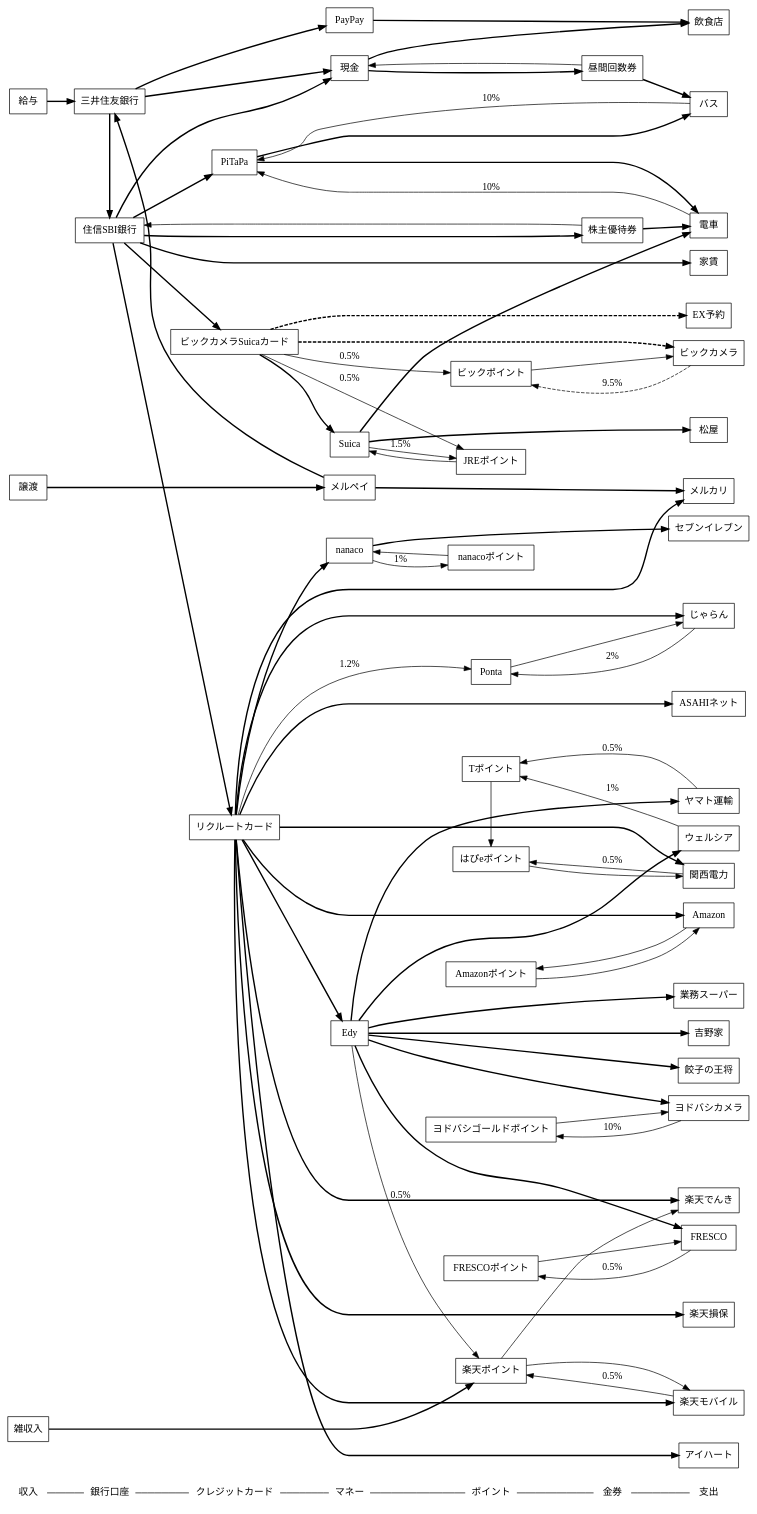
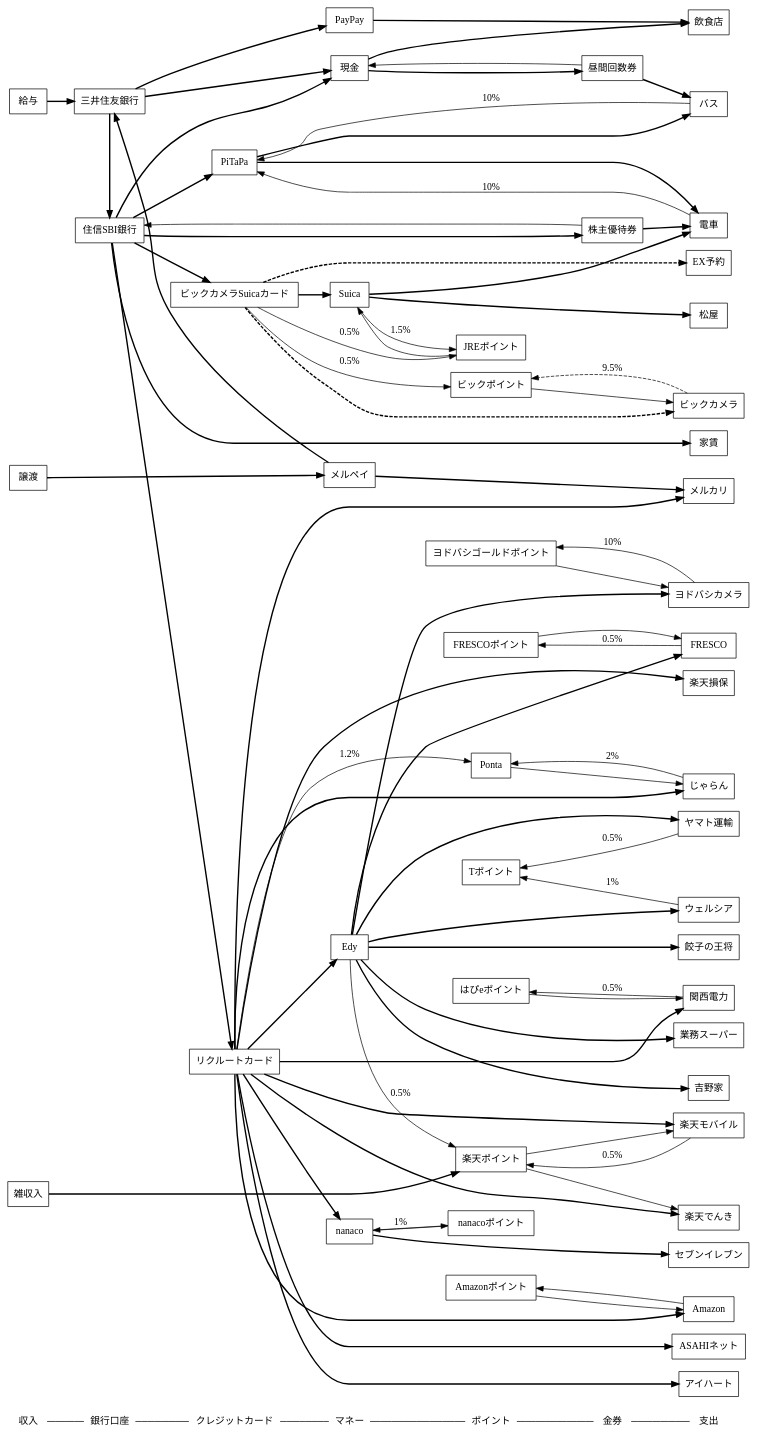
One commit to saireya/moneyflow changed the diagram in moneyflow.dot. Above: the diagram before and after it, drawn with Graphviz. The commit also changed 1 other file, not shown here.

```diff
--- a/moneyflow.dot
+++ b/moneyflow.dot
@@ -1,180 +1,179 @@
 // dot -Tsvg moneyflow.dot -o moneyflow.svg
 // edge: bold: 支出, solid: 還元(label:還元率), dashed: Obsolete
 digraph "MoneyFlow"
 {
 	graph [ rankdir = LR ];
 	node [ shape = box ];
 
 	"収入", "銀行口座", "クレジットカード", "マネー", "ポイント", "金券", "支出" [shape = none];
 	"収入" -> "銀行口座" -> "クレジットカード" -> "マネー" -> "ポイント" -> "金券" -> "支出" [arrowhead = none];
 	{
 		rank = same; "収入";
 		給与;
 		譲渡;
 		雑収入;
 	}
 
 	{
 		rank = same; "銀行口座";
 		三井住友銀行;
 		住信SBI銀行;
 	}
 
 	{
 		rank = same; "クレジットカード";
 		ビックカメラSuicaカード;
 		リクルートカード;
 		PiTaPa;
 	}
 
 	{
 		rank = same; "マネー";
 		Suica;
 		現金;
 		nanaco;
 		Edy;
 		PayPay;
 		メルペイ;
 	}
 
 	{
 		rank = same; "ポイント";
 		// 共通ポイント
 		Ponta;
 		Tポイント;
 		楽天ポイント;
 		// クレジットカード関係
 		JREポイント;
 		// 独自ポイント
 		ビックポイント;
 		Amazonポイント;
 		nanacoポイント;
 		FRESCOポイント;
 		ヨドバシゴールドポイント;
 		はぴeポイント;
 	}
 
 	{
 		rank = same; "金券";
 		株主優待券;
 		昼間回数券;
 	}
 
 	{
 		rank = same; "支出";
 		家賃;
 		// コンビニ
 		セブンイレブン;
 		// 交通
 		電車;
 		バス;
 		// インフラ
 		ASAHIネット;
 		楽天モバイル;
 		楽天でんき;
 		関西電力;
 		ヤマト運輸;
 		楽天損保;
 		// 店舗
 		アイハート;
 		ウェルシア;
 		ビックカメラ;
 		ヨドバシカメラ;
 		餃子の王将;
 		飲食店;
 		FRESCO;
 		業務スーパー;
 		松屋;
 		吉野家;
 		// ネット
 		Amazon;
 		EX予約;
 		じゃらん;
 		メルカリ;
 	}
 
 	// SMBC
 	給与 -> 三井住友銀行 [style="bold", weight=100];
 	三井住友銀行 -> 現金, 住信SBI銀行 [style="bold", weight=100];
 	三井住友銀行 -> PayPay [style="bold", weight=100];
 	PayPay -> 飲食店 [style="bold", weight=100];
 
 	// ビックカメラSuicaカード
 	ビックカメラSuicaカード -> JREポイント [label="0.5%"];
 	ビックカメラSuicaカード -> ビックカメラ [style="bold,dashed", weight=100];
 	ビックカメラ -> ビックポイント [style="dashed", label="9.5%"];
 	ビックカメラSuicaカード -> ビックポイント [label="0.5%"]
 	ビックポイント -> ビックカメラ;
 	ビックカメラSuicaカード -> Suica -> 電車 [style="bold", weight=100];
 	Suica -> 松屋 [style="bold", weight=100];
 	ビックカメラSuicaカード -> EX予約 [style="bold,dashed", weight=100];
 	Suica -> JREポイント [label="1.5%"];
 	JREポイント -> Suica;
 
 	// 住信SBI
 	住信SBI銀行 -> 現金 [style="bold", weight=100];
 	住信SBI銀行 -> 家賃 [style="bold", weight=100];
 	住信SBI銀行 -> ビックカメラSuicaカード, リクルートカード, PiTaPa [style="bold", weight=100];
 	住信SBI銀行 -> 株主優待券 [style="bold", weight=100];
 	株主優待券 -> 電車 [style="bold", weight=100];
 	株主優待券 -> 住信SBI銀行;
 
 	// リクルートカード
 	リクルートカード -> ASAHIネット [style="bold", weight=100];
 	リクルートカード -> Amazon [style="bold", weight=100];
 	リクルートカード -> じゃらん [style="bold", weight=100];
 	リクルートカード -> アイハート [style="bold", weight=100];
 	リクルートカード -> 関西電力 [style="bold", weight=100];
 	関西電力 -> はぴeポイント [label="0.5%"];
 	はぴeポイント -> 関西電力;
 	リクルートカード -> 楽天でんき [style="bold", weight=100];
 	リクルートカード -> 楽天損保 [style="bold", weight=100];
 	リクルートカード -> 楽天モバイル [style="bold", weight=100];
 	楽天モバイル -> 楽天ポイント [label="0.5%"];
 	楽天ポイント -> 楽天モバイル, 楽天でんき;
 	リクルートカード -> Edy [style="bold", weight=100];
 	Edy -> ヤマト運輸 [style="bold", weight=100];
 	ヤマト運輸 -> Tポイント [label="0.5%"];
 	Edy -> ヨドバシカメラ [style="bold", weight=100];
 	ヨドバシカメラ -> ヨドバシゴールドポイント [label="10%"];
 	ヨドバシゴールドポイント -> ヨドバシカメラ;
 	Edy -> ウェルシア [style="bold", weight=100];
 	ウェルシア -> Tポイント [label="1%"];
-	Tポイント -> はぴeポイント;
 	Edy -> 吉野家 [style="bold", weight=100];
 	Edy -> 楽天ポイント [label="0.5%"];
 	リクルートカード -> Ponta [label="1.2%"];
 	Ponta -> じゃらん;
 	じゃらん -> Ponta [label="2%"];
 	Amazon -> Amazonポイント -> Amazon;
 	リクルートカード -> nanaco [style="bold", weight=100];
 	nanaco -> セブンイレブン [style="bold", weight=100];
 	nanaco -> nanacoポイント [label="1%"];
 	nanacoポイント -> nanaco;
 	Edy -> 業務スーパー [style="bold", weight=100];
 	Edy -> FRESCO [style="bold", weight=100];
 	FRESCO -> FRESCOポイント [label="0.5%"];
 	FRESCOポイント -> FRESCO;
 	Edy -> 餃子の王将 [style="bold", weight=100];
 
 	// PiTaPa
 	PiTaPa -> 電車 [style="bold", weight=100];
 	電車 -> PiTaPa [label="10%"];
 	PiTaPa -> バス [style="bold", weight=100];
 	バス -> PiTaPa [label="10%"];
 
 	// 現金
 	現金 -> 飲食店 [style="bold", weight=100];
 	現金 -> 昼間回数券 [style="bold", weight=100];
 	昼間回数券 -> 現金;
 	昼間回数券 -> バス [style="bold", weight=100];
 
 	// 譲渡
 	譲渡 -> メルペイ [style="bold", weight=100];
 	メルペイ -> メルカリ [style="bold", weight=100];
 	メルペイ -> 三井住友銀行 [style="bold", weight=100];
 	リクルートカード -> メルカリ [style="bold", weight=100];
 
 	// 雑収入
 	雑収入 -> 楽天ポイント [style="bold", weight=100];
 }
```
